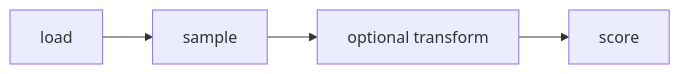
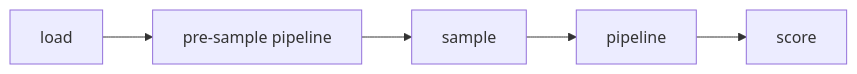
The second of 18 diagrams in docs/overview/flowcharts.md (simplymathematics/deckard), drawn with Mermaid before and after one commit. The commit also changed other lines of this file and 28 other files, not shown here.

````diff
--- a/docs/overview/flowcharts.md
+++ b/docs/overview/flowcharts.md
@@ -70,6 +52,6 @@
 ```mermaid
 flowchart LR
-  A[load]:::data --> B[sample]:::data
-  B --> C[optional transform]:::data
-  C --> D[score]:::scores
+  A[load]:::data -->  B[pre-sample pipeline]:::data --> C[sample]:::data
+  C --> D[pipeline]:::data
+  D --> E[score]:::scores
 ```
````
